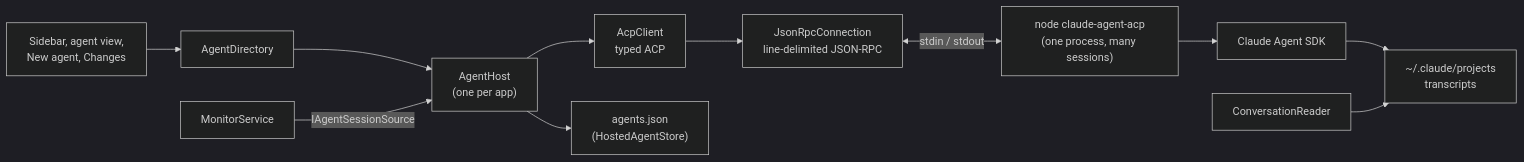
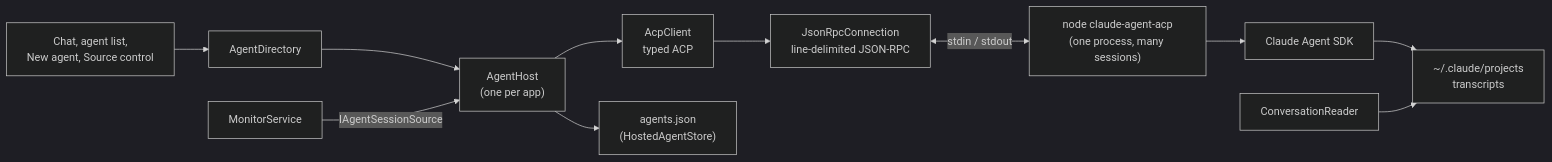
One commit to BradenTerry/Tog changed the first of 2 diagrams in docs/agent-control.md. Above: the diagram before and after it, drawn with Mermaid (dark theme). The commit also changed other lines of this file and 55 other files, not shown here.

````diff
--- a/docs/agent-control.md
+++ b/docs/agent-control.md
@@ -18,13 +18,13 @@
 ```mermaid
 flowchart LR
-  UI["Sidebar, agent view,<br/>New agent, Changes"] --> D["AgentDirectory"]
+  UI["Chat, agent list,<br/>New agent, Source control"] --> D["AgentDirectory"]
   D --> H["AgentHost<br/>(one per app)"]
   H --> C["AcpClient<br/>typed ACP"]
   C --> R["JsonRpcConnection<br/>line-delimited JSON-RPC"]
   R <-->|stdin / stdout| B["node claude-agent-acp<br/>(one process, many sessions)"]
   B --> SDK["Claude Agent SDK"]
   SDK --> T["~/.claude/projects<br/>transcripts"]
   H --> S["agents.json<br/>(HostedAgentStore)"]
   M["MonitorService"] -->|IAgentSessionSource| H
   CR["ConversationReader"] --> T
 ```
````
